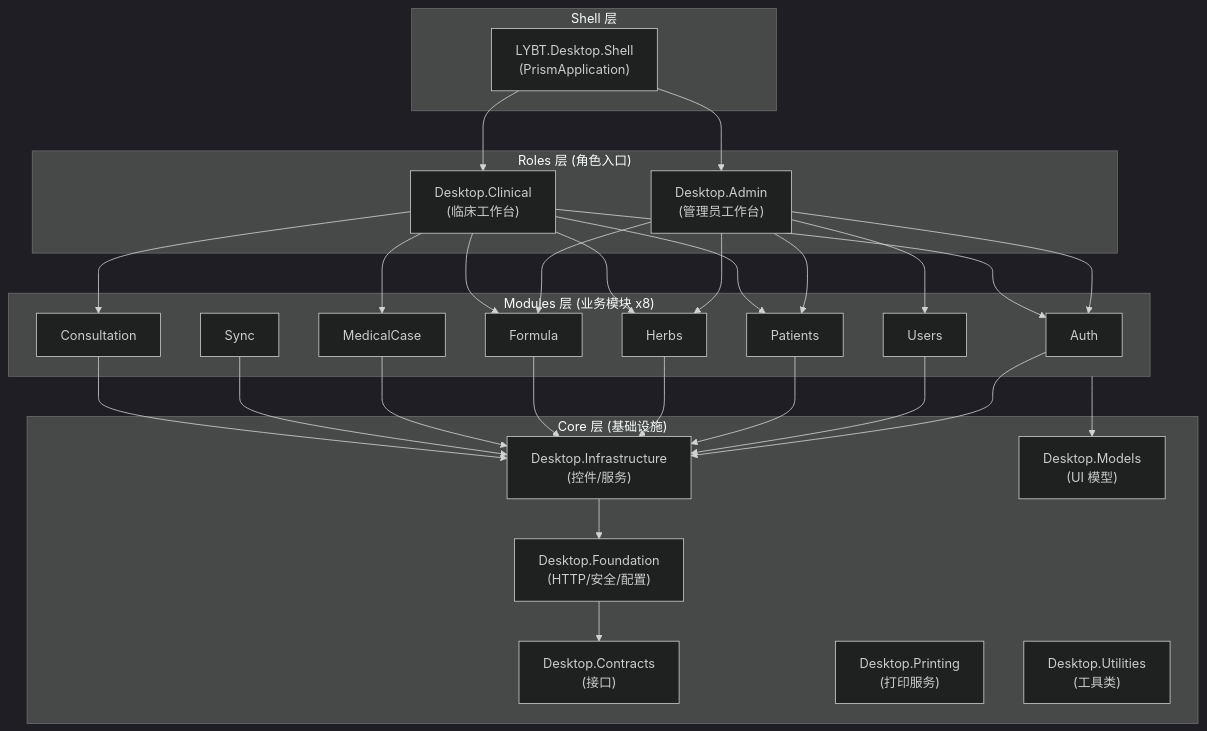
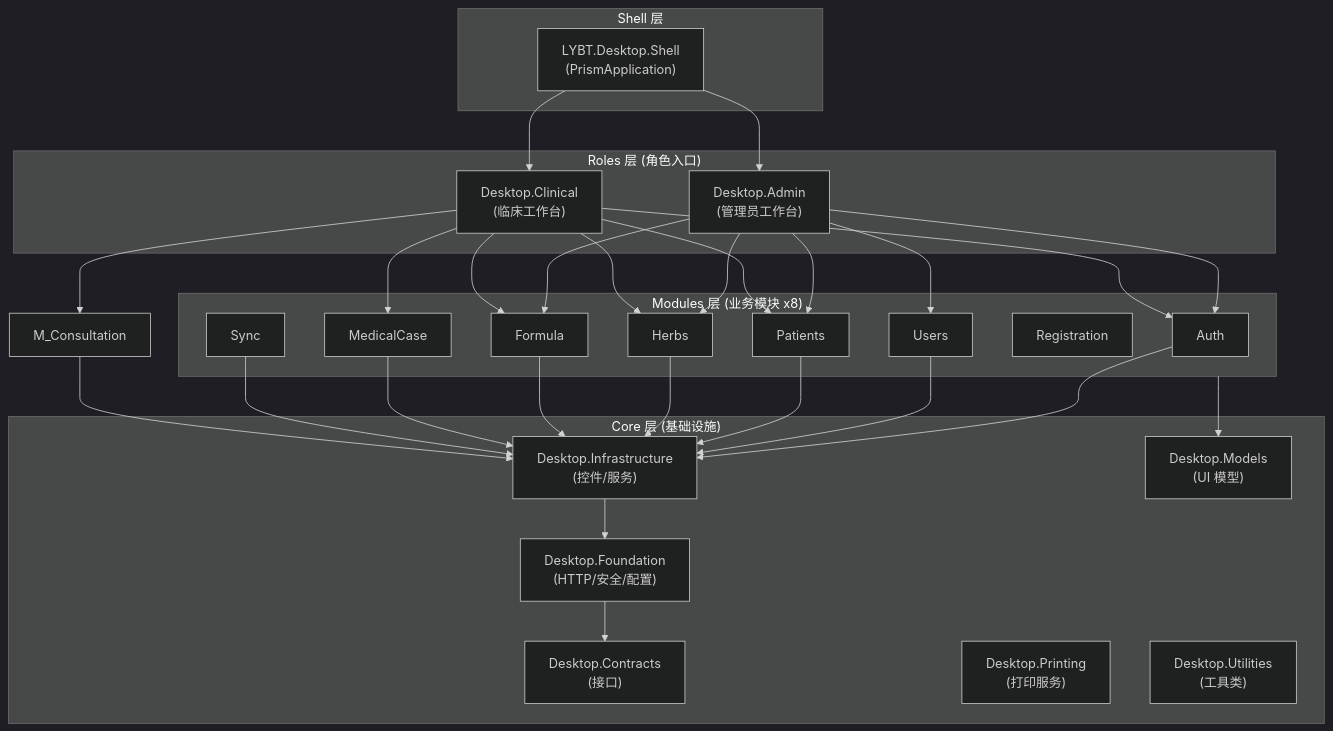
The diagram in docs/07-concepts/18-mvvm-prism.md (shouqitao/LYBTZYZS), drawn with Mermaid (dark theme) before and after one commit. The commit also changed 1 other file, not shown here.

Commit message:
fix: M7 Consultation/Prescriptions empty shell clarification
- mvvm-prism: replace dormant Consultation module with Registration in diagram
- 01-system-overview: update module count to '8 active + 2 dormant'

````diff
--- a/docs/07-concepts/18-mvvm-prism.md
+++ b/docs/07-concepts/18-mvvm-prism.md
@@ -18,38 +18,38 @@
 ```mermaid
 graph TB
     subgraph Shell["Shell 层"]
         App["LYBT.Desktop.Shell<br>(PrismApplication)"]
     end
 
     subgraph Roles["Roles 层 (角色入口)"]
         Admin["Desktop.Admin<br>(管理员工作台)"]
         Clinical["Desktop.Clinical<br>(临床工作台)"]
     end
 
     subgraph Modules["Modules 层 (业务模块 x8)"]
         M_Auth["Auth"]
         M_Users["Users"]
         M_Patients["Patients"]
         M_Herbs["Herbs"]
         M_Formula["Formula"]
         M_MC["MedicalCase"]
+        M_Reg["Registration"]
         M_Sync["Sync"]
-        M_Consultation["Consultation"]
     end
 
     subgraph Core["Core 层 (基础设施)"]
         Contracts["Desktop.Contracts<br>(接口)"]
         Foundation["Desktop.Foundation<br>(HTTP/安全/配置)"]
         Infrastructure["Desktop.Infrastructure<br>(控件/服务)"]
         Models["Desktop.Models<br>(UI 模型)"]
         Printing["Desktop.Printing<br>(打印服务)"]
         Utilities["Desktop.Utilities<br>(工具类)"]
     end
 
     App --> Admin & Clinical
     Admin --> M_Auth & M_Users & M_Patients & M_Herbs & M_Formula
     Clinical --> M_Auth & M_Patients & M_MC & M_Consultation & M_Herbs & M_Formula
     M_Auth & M_Users & M_Patients & M_Herbs & M_Formula & M_MC & M_Sync & M_Consultation --> Infrastructure
     Infrastructure --> Foundation --> Contracts
     Modules --> Models
 ```
````
